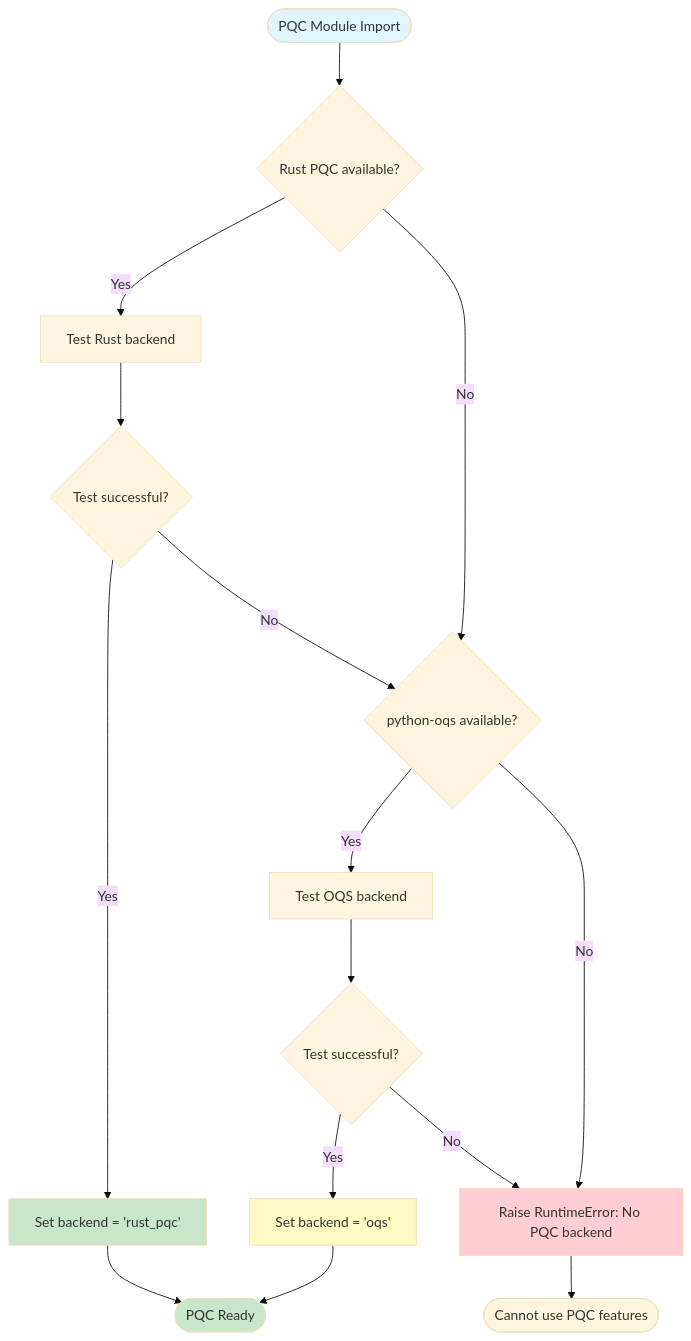
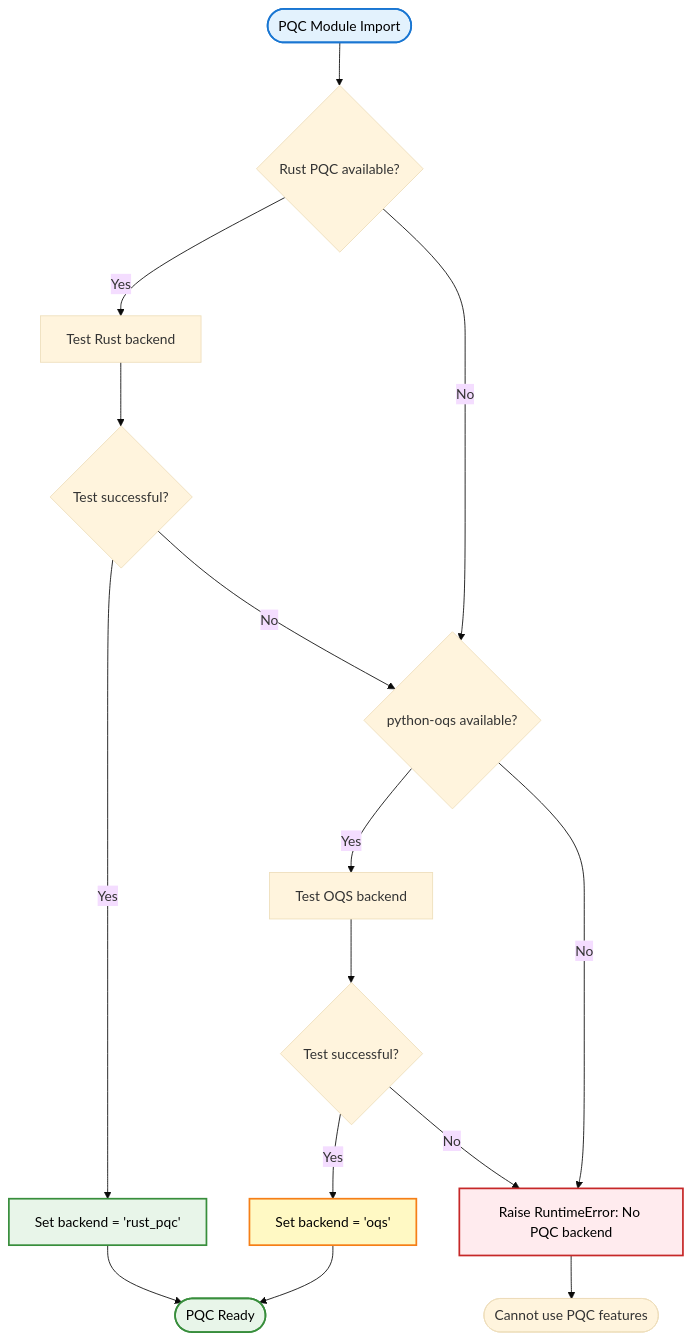
One commit to Johnsonajibi/PostQuantum-DualUSB-Token-Library changed the eighth of 13 diagrams in README.md. Above: the diagram before and after it, drawn with Mermaid (base theme). The commit also changed other lines of this file, not shown here.

First line of the commit message:
docs: Improve color contrast in all Mermaid diagrams

````diff
--- a/README.md
+++ b/README.md
@@ -485,27 +485,27 @@
 ```mermaid
 flowchart TD
     Start([PQC Module Import]) --> CheckRust{Rust PQC available?}
     CheckRust -->|Yes| TestRust[Test Rust backend]
     CheckRust -->|No| CheckOQS{python-oqs available?}
     
     TestRust --> RustWorks{Test successful?}
     RustWorks -->|Yes| UseRust[Set backend = 'rust_pqc']
     RustWorks -->|No| CheckOQS
     
     CheckOQS -->|Yes| TestOQS[Test OQS backend]
     CheckOQS -->|No| Error[Raise RuntimeError: No PQC backend]
     
     TestOQS --> OQSWorks{Test successful?}
     OQSWorks -->|Yes| UseOQS[Set backend = 'oqs']
     OQSWorks -->|No| Error
     
     UseRust --> Ready([PQC Ready])
     UseOQS --> Ready
     Error --> End([Cannot use PQC features])
     
-    style Start fill:#e1f5ff
-    style Ready fill:#c8e6c9
-    style UseRust fill:#c8e6c9
-    style UseOQS fill:#fff9c4
-    style Error fill:#ffcdd2
+    style Start fill:#e3f2fd,stroke:#1976d2,stroke-width:2px,color:#000
+    style Ready fill:#e8f5e9,stroke:#388e3c,stroke-width:2px,color:#000
+    style UseRust fill:#e8f5e9,stroke:#388e3c,stroke-width:2px,color:#000
+    style UseOQS fill:#fff9c4,stroke:#f57f17,stroke-width:2px,color:#000
+    style Error fill:#ffebee,stroke:#c62828,stroke-width:2px,color:#000
 ```
````
